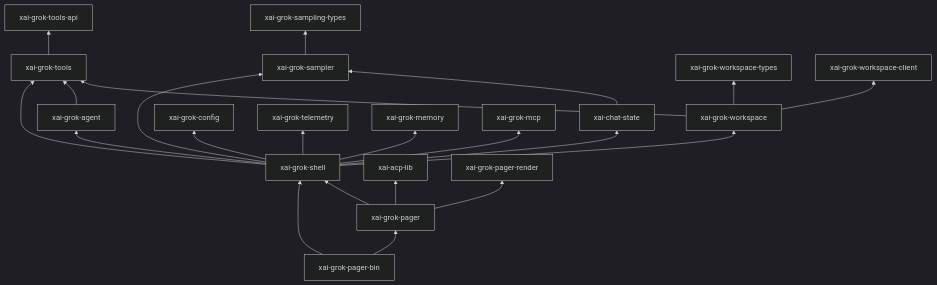
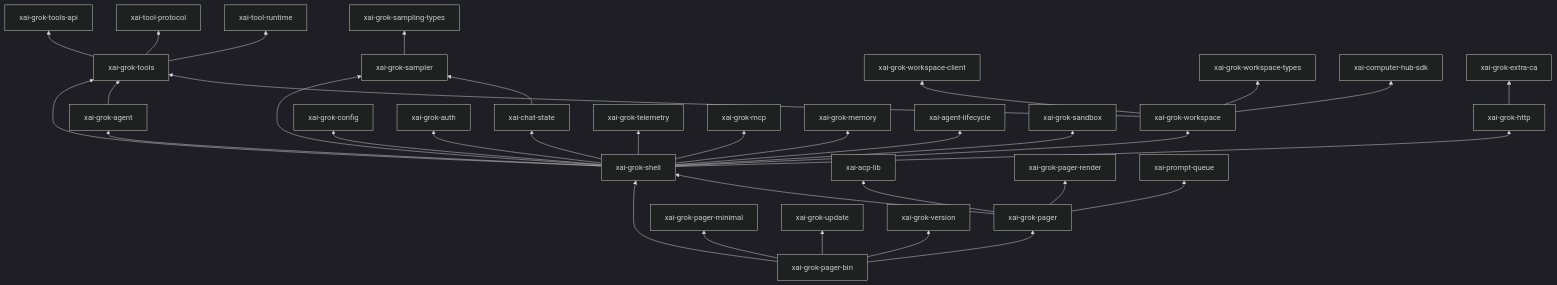
One commit to jefby/grok-build changed the fifth of 5 diagrams in docs/architecture.md. Above: the diagram before and after it, drawn with Mermaid (dark theme). The commit also changed other lines of this file, not shown here.

Commit message:
docs: update architecture.md to reflect current crate layout and flows

````diff
--- a/docs/architecture.md
+++ b/docs/architecture.md
@@ -308,24 +376,36 @@
 ```mermaid
 flowchart BT
     BIN["xai-grok-pager-bin"] --> PAGER["xai-grok-pager"]
+    BIN --> MINI["xai-grok-pager-minimal"]
     BIN --> SHELL["xai-grok-shell"]
+    BIN --> UPDATE["xai-grok-update"]
+    BIN --> VERSION["xai-grok-version"]
     PAGER --> SHELL
     PAGER --> ACP["xai-acp-lib"]
     PAGER --> RENDER["xai-grok-pager-render"]
+    PAGER --> PQ["xai-prompt-queue"]
     SHELL --> AGENT["xai-grok-agent"]
     SHELL --> TOOLS["xai-grok-tools"]
     SHELL --> WS["xai-grok-workspace"]
     SHELL --> CHAT["xai-chat-state"]
     SHELL --> SAMPLER["xai-grok-sampler"]
     SHELL --> CFG["xai-grok-config"]
+    SHELL --> AUTH["xai-grok-auth"]
+    SHELL --> HTTP["xai-grok-http"]
+    SHELL --> TEL["xai-grok-telemetry"]
+    SHELL --> MCP["xai-grok-mcp"]
+    SHELL --> MEM["xai-grok-memory"]
+    SHELL --> LIFE["xai-agent-lifecycle"]
+    SHELL --> SANDBOX["xai-grok-sandbox"]
     AGENT --> TOOLS
     WS --> TOOLS
+    WS --> WSC["xai-grok-workspace-client"]
     WS --> WST["xai-grok-workspace-types"]
-    WS --> WSC["xai-grok-workspace-client"]
+    WS --> HUB["xai-computer-hub-sdk"]
     TOOLS --> API["xai-grok-tools-api"]
+    TOOLS --> TPROTO["xai-tool-protocol"]
+    TOOLS --> TRUN["xai-tool-runtime"]
     CHAT --> SAMPLER
     SAMPLER --> ST["xai-grok-sampling-types"]
-    SHELL --> TEL["xai-grok-telemetry"]
-    SHELL --> MEM["xai-grok-memory"]
-    SHELL --> MCP["xai-grok-mcp"]
+    HTTP --> EXTRA["xai-grok-extra-ca"]
 ```
````
